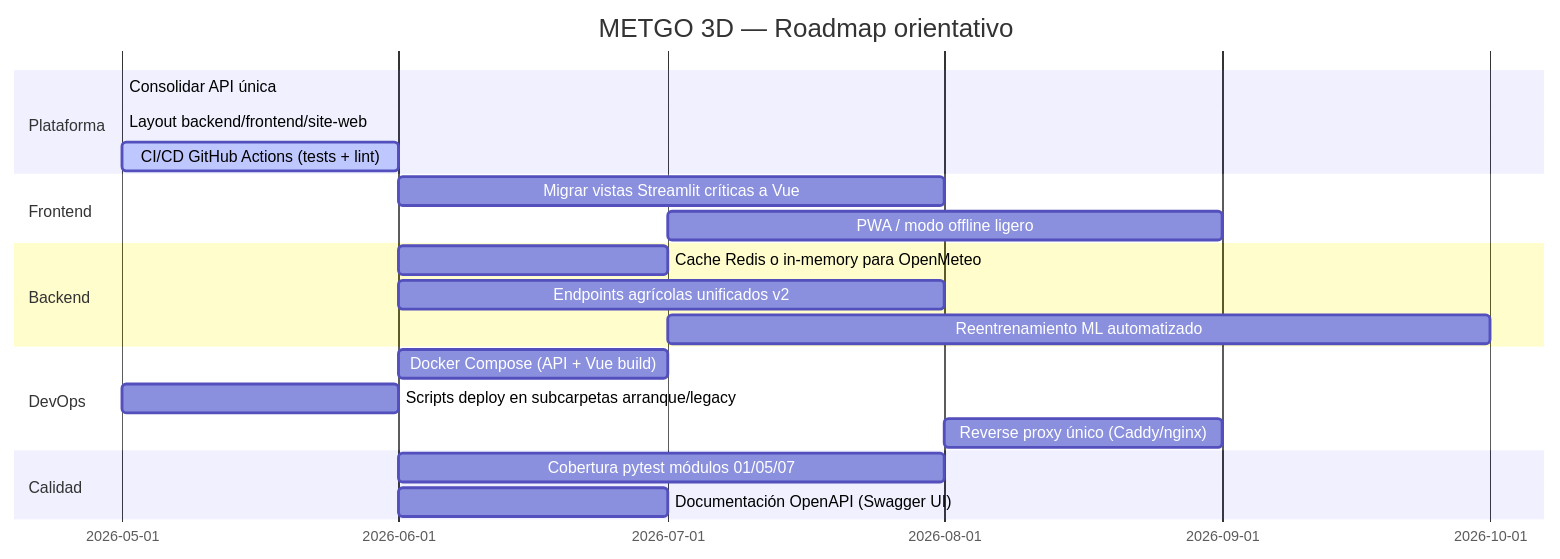
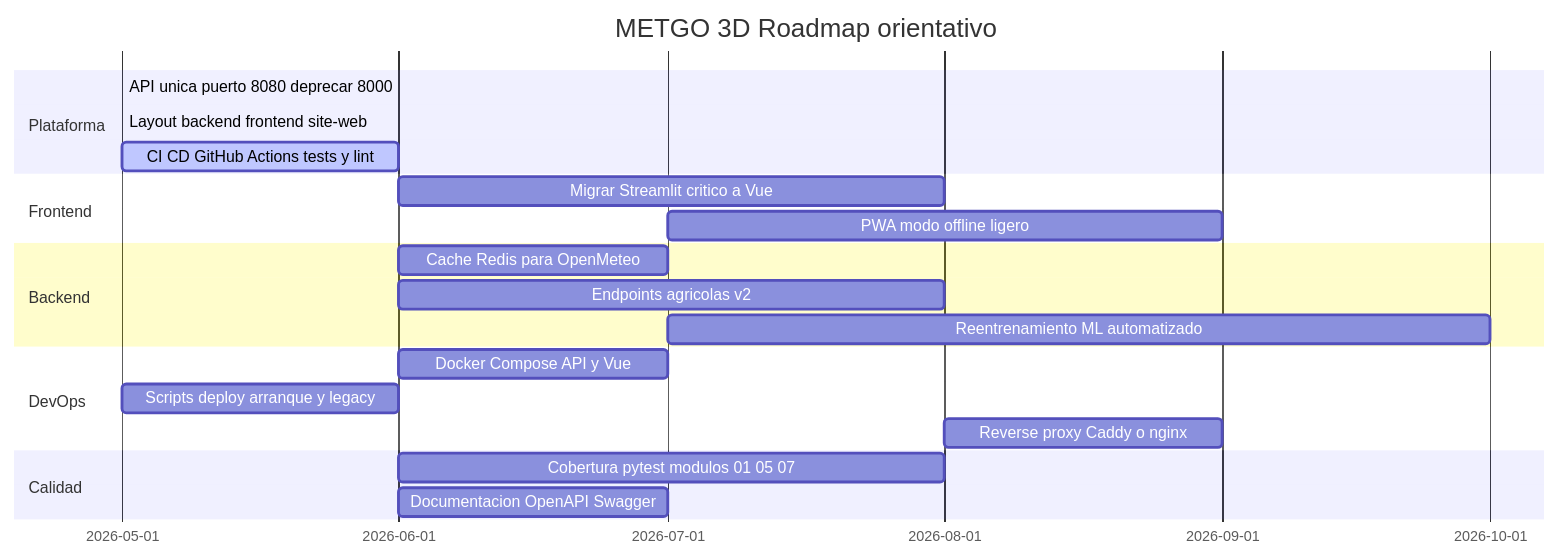
One commit to miguellucero123/METGO_3D_Quillota_60GB changed the fourth of 4 diagrams in README.md. Above: the diagram before and after it, drawn with Mermaid. The commit also changed other lines of this file, not shown here.

Commit message:
fix(docs): diagramas Mermaid compatibles con GitHub

````diff
--- a/README.md
+++ b/README.md
@@ -345,23 +345,23 @@
 ```mermaid
 gantt
-    title METGO 3D — Roadmap orientativo
+    title METGO 3D Roadmap orientativo
     dateFormat YYYY-MM
     section Plataforma
-    Consolidar API única :8080 y deprecar :8000     :done, 2026-05, 2026-05
-    Layout backend/frontend/site-web               :done, 2026-05, 2026-05
-    CI/CD GitHub Actions (tests + lint)              :active, 2026-05, 2026-06
+    API unica puerto 8080 deprecar 8000     :done, plat_api, 2026-05, 2026-05
+    Layout backend frontend site-web        :done, plat_layout, 2026-05, 2026-05
+    CI CD GitHub Actions tests y lint       :active, plat_ci, 2026-05, 2026-06
     section Frontend
-    Migrar vistas Streamlit críticas a Vue         :2026-06, 2026-08
-    PWA / modo offline ligero                        :2026-07, 2026-09
+    Migrar Streamlit critico a Vue          :fe_vue, 2026-06, 2026-08
+    PWA modo offline ligero                 :fe_pwa, 2026-07, 2026-09
     section Backend
-    Cache Redis o in-memory para OpenMeteo          :2026-06, 2026-07
-    Endpoints agrícolas unificados v2               :2026-06, 2026-08
-    Reentrenamiento ML automatizado                 :2026-07, 2026-10
+    Cache Redis para OpenMeteo              :be_cache, 2026-06, 2026-07
+    Endpoints agricolas v2                  :be_api, 2026-06, 2026-08
+    Reentrenamiento ML automatizado         :be_ml, 2026-07, 2026-10
     section DevOps
-    Docker Compose (API + Vue build)                :2026-06, 2026-07
-    Scripts deploy en subcarpetas arranque/legacy   :2026-05, 2026-06
-    Reverse proxy único (Caddy/nginx)               :2026-08, 2026-09
+    Docker Compose API y Vue                :do_docker, 2026-06, 2026-07
+    Scripts deploy arranque y legacy        :do_scripts, 2026-05, 2026-06
+    Reverse proxy Caddy o nginx             :do_proxy, 2026-08, 2026-09
     section Calidad
-    Cobertura pytest módulos 01/05/07               :2026-06, 2026-08
-    Documentación OpenAPI (Swagger UI)              :2026-06, 2026-07
+    Cobertura pytest modulos 01 05 07        :qa_test, 2026-06, 2026-08
+    Documentacion OpenAPI Swagger           :qa_docs, 2026-06, 2026-07
 ```
````
